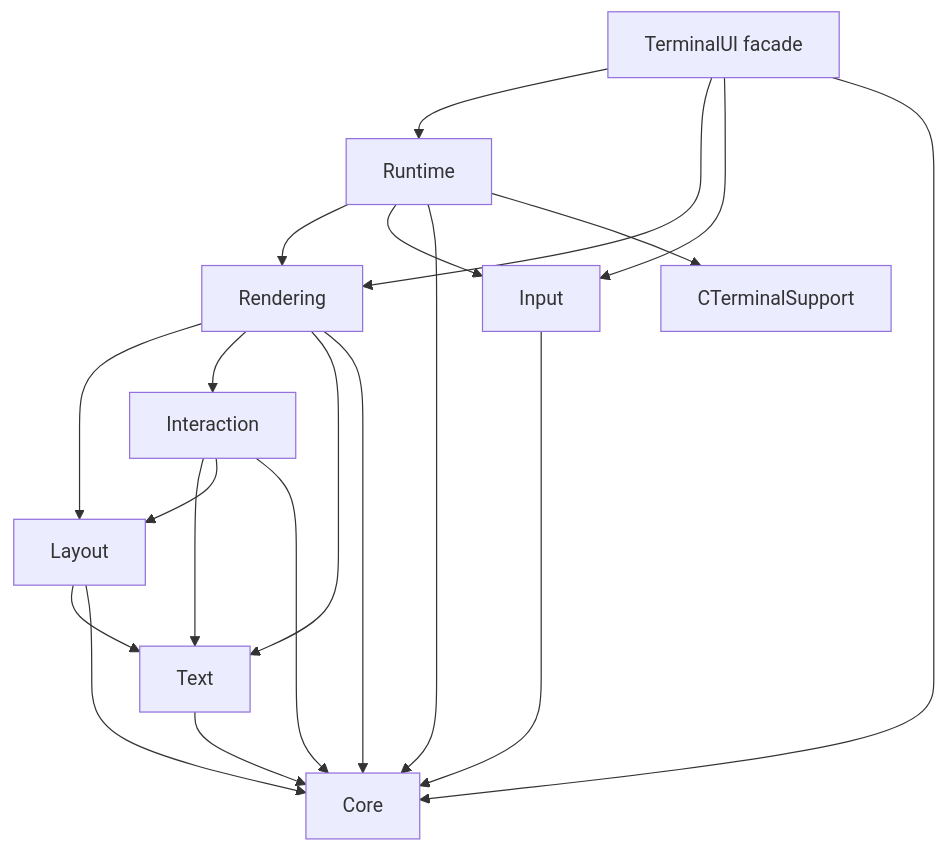
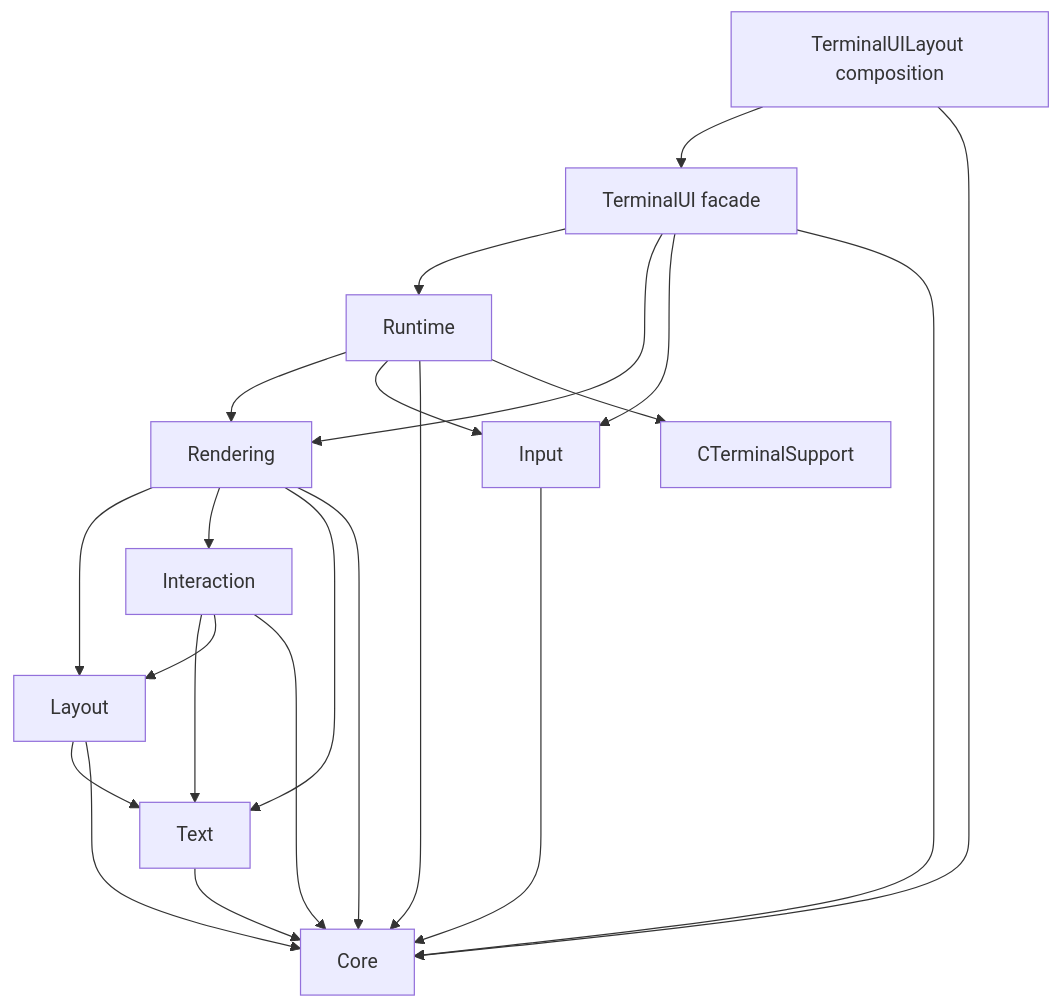
Before and after one commit to nicholascross/TerminalUI: the diagram in Documentation/Architecture.md, drawn with Mermaid. The commit also changed other lines of this file and 34 other files, not shown here.

````diff
--- a/Documentation/Architecture.md
+++ b/Documentation/Architecture.md
@@ -17,22 +18,24 @@
 ```mermaid
 flowchart TD
-    Facade[TerminalUI facade] --> Runtime
+    Composition[TerminalUILayout composition] --> Facade[TerminalUI facade]
+    Composition --> Core
+    Facade --> Runtime
     Facade --> Rendering
     Facade --> Input
     Facade --> Core
     Runtime --> Rendering
     Runtime --> Input
     Runtime --> Core
     Runtime --> Native[CTerminalSupport]
     Rendering --> Layout
     Rendering --> Interaction
     Rendering --> Text
     Rendering --> Core
     Layout --> Text
     Layout --> Core
     Interaction --> Text
     Interaction --> Layout
     Interaction --> Core
     Input --> Core
     Text --> Core
 ```
````
